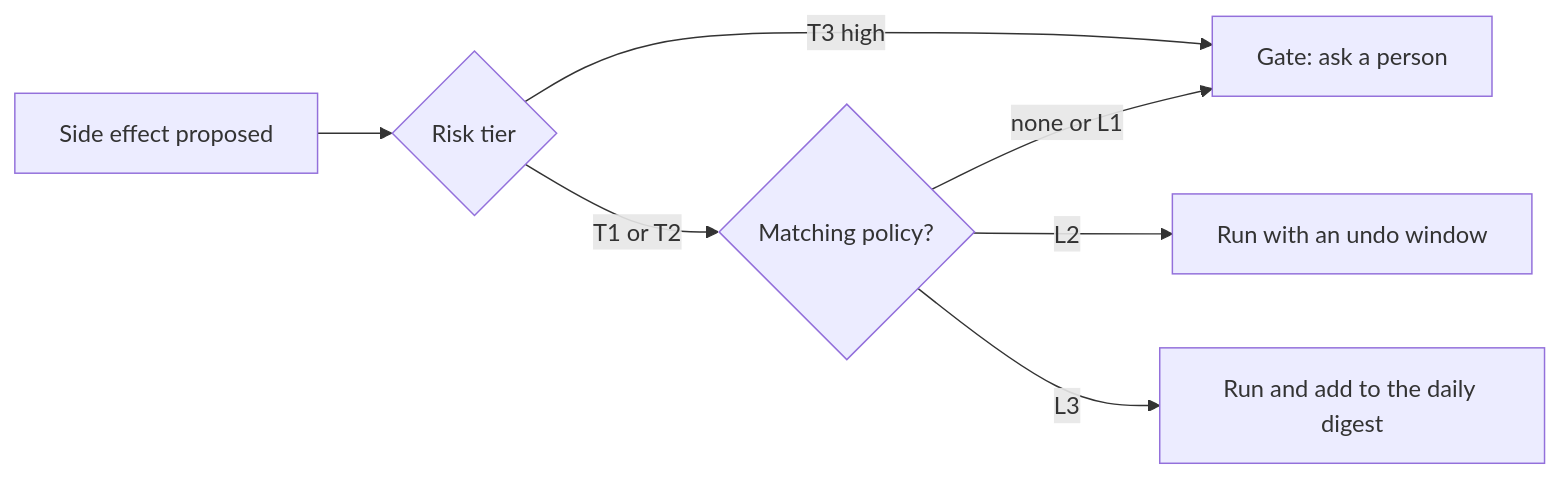
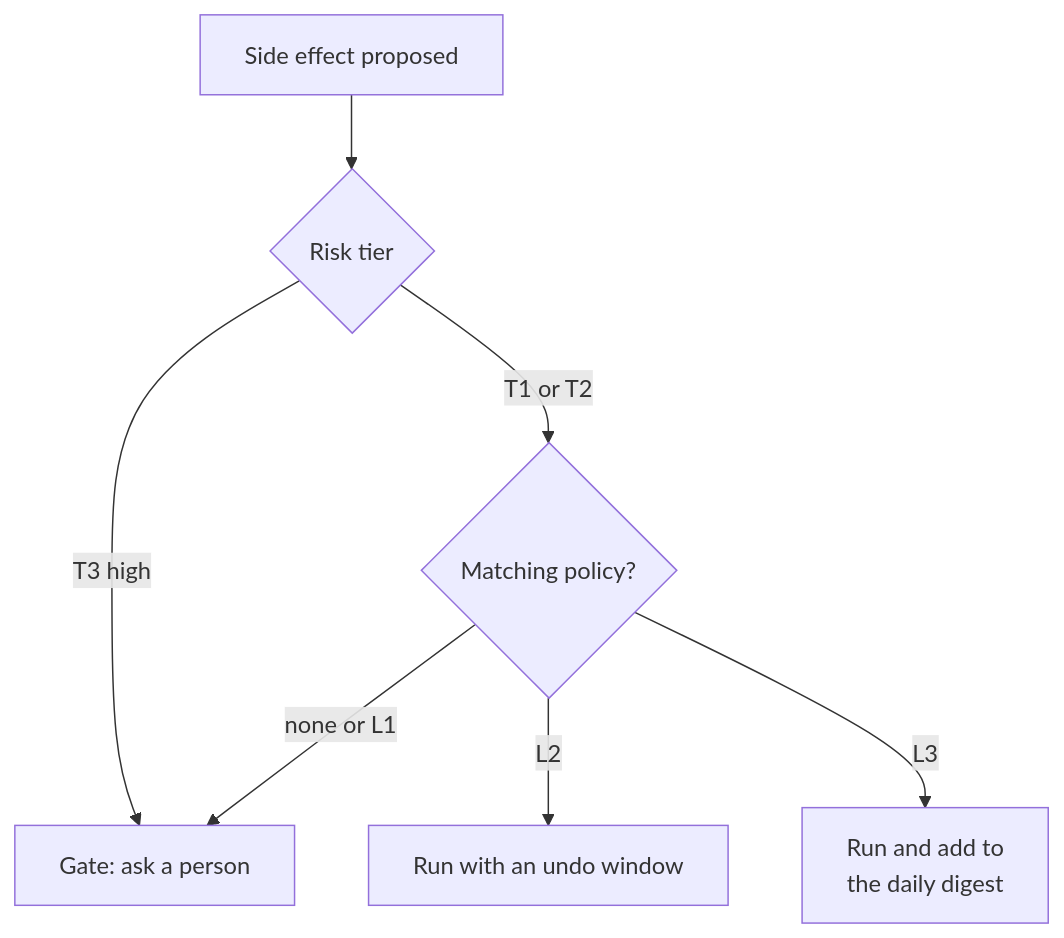
Before and after one commit to spark-456/tilo: the fourth of 5 diagrams in README.md, drawn with Mermaid. The commit also changed other lines of this file, not shown here.

First line of the commit message:
docs(readme): make the Mermaid diagrams fit the GitHub column

````diff
--- a/README.md
+++ b/README.md
@@ -267,9 +266,9 @@
 ```mermaid
-flowchart LR
+flowchart TB
     A["Side effect proposed"] --> T{"Risk tier"}
     T -->|"T3 high"| G["Gate: ask a person"]
     T -->|"T1 or T2"| P{"Matching policy?"}
     P -->|"none or L1"| G
     P -->|"L2"| U["Run with an undo window"]
-    P -->|"L3"| R["Run and add to the daily digest"]
+    P -->|"L3"| R["Run and add to<br/>the daily digest"]
 ```
````
